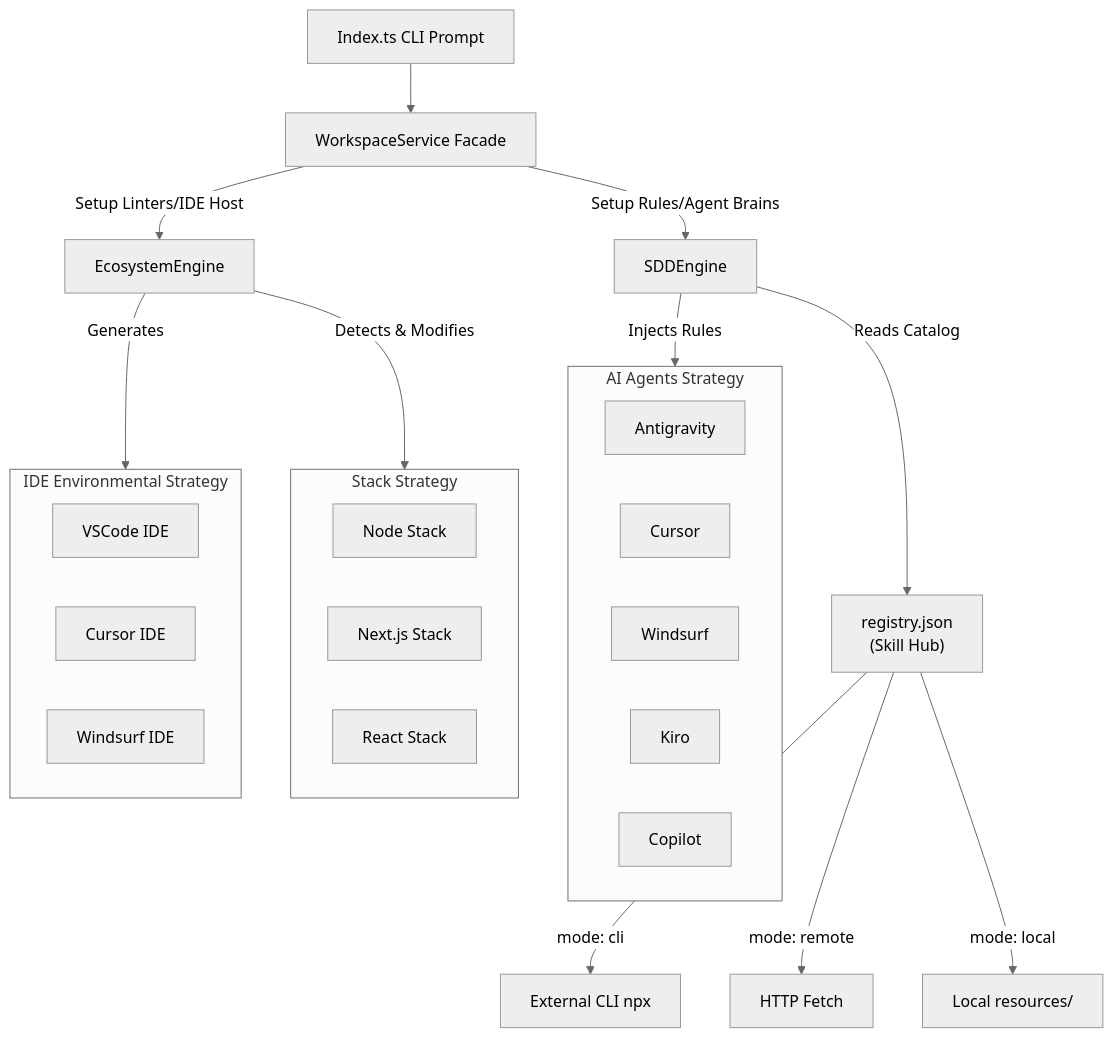
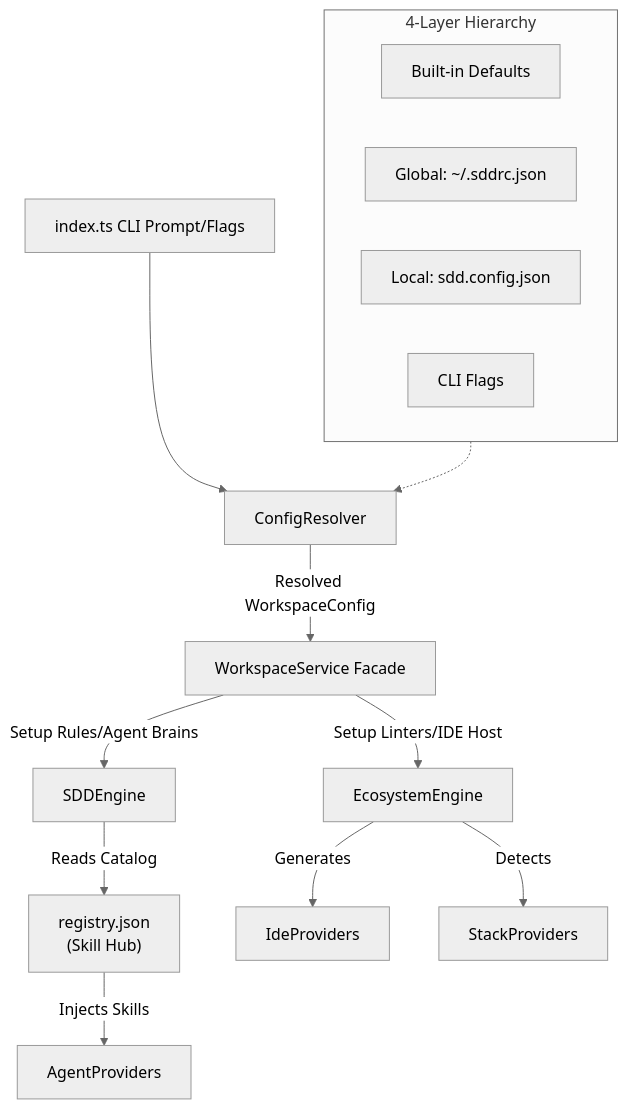
Before and after one commit to digitalelvis/sdd-workspace: the diagram in CONTRIBUTING.md, drawn with Mermaid (neutral theme). The commit also changed other lines of this file and 2 other files, not shown here.

First line of the commit message:
docs: update documentation to reflect v0.0.2 config system and sdd branding

````diff
--- a/CONTRIBUTING.md
+++ b/CONTRIBUTING.md
@@ -43,35 +41,22 @@
 ```mermaid
 graph TD
-    CLI[Index.ts CLI Prompt] --> WS[WorkspaceService Facade]
+    CLI[index.ts CLI Prompt/Flags] --> CR[ConfigResolver]
+    
+    subgraph ConfigLayers [4-Layer Hierarchy]
+        L1[Built-in Defaults]
+        L2[Global: ~/.sddrc.json]
+        L3[Local: sdd.config.json]
+        L4[CLI Flags]
+    end
+
+    ConfigLayers -.-> CR
+    CR --> |Resolved WorkspaceConfig| WS[WorkspaceService Facade]
+    
     WS --> |Setup Rules/Agent Brains| SDD[SDDEngine]
     WS --> |Setup Linters/IDE Host| ECO[EcosystemEngine]
 
     SDD --> |Reads Catalog| REG["registry.json\n(Skill Hub)"]
-    REG --> |mode: cli| CLI_EXT[External CLI npx]
-    REG --> |mode: remote| HTTP[HTTP Fetch]
-    REG --> |mode: local| LOCAL[Local resources/]
-
-    SDD --> |Injects Rules| Agents[AgentProviders]
-    ECO --> |Detects & Modifies| Stacks[StackProviders]
+    REG --> |Injects Skills| Agents[AgentProviders]
     ECO --> |Generates| IDE[IdeProviders]
-
-    subgraph Agents [AI Agents Strategy]
-        A1[Antigravity]
-        A2[Cursor]
-        A3[Windsurf]
-        A4[Kiro]
-        A5[Copilot]
-    end
-
-    subgraph Stacks [Stack Strategy]
-        S1[Node Stack]
-        S2[Next.js Stack]
-        S3[React Stack]
-    end
-
-    subgraph IDE [IDE Environmental Strategy]
-        I1[VSCode IDE]
-        I2[Cursor IDE]
-        I3[Windsurf IDE]
-    end
+    ECO --> |Detects| Stacks[StackProviders]
 ```
````
